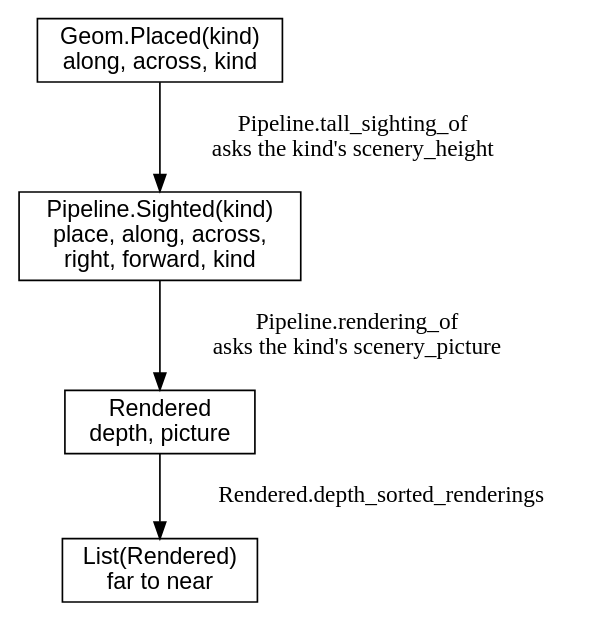
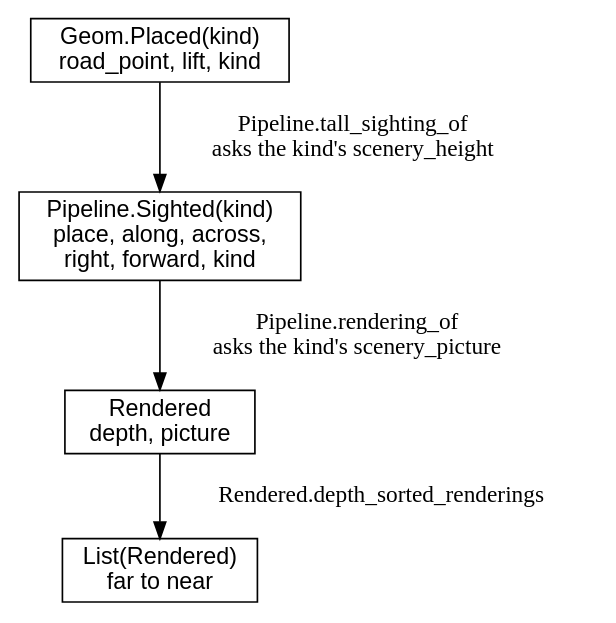
One commit to showell/roc-apps changed the sixth of 34 diagrams in canvas_apps/safari/tutorial/tutorial.md. Above: the diagram before and after it, drawn with Graphviz. The commit also changed other lines of this file, not shown here.

Commit message:
tutorial: the road and rails, accuracy round 2; GroundPatch and Geom.Placed elsewhere

````diff
--- a/canvas_apps/safari/tutorial/tutorial.md
+++ b/canvas_apps/safari/tutorial/tutorial.md
@@ -385,12 +385,12 @@
 ```dot
 digraph forms {
   node [shape=box, fontname="Helvetica"];
-  placed [label="Geom.Placed(kind)\nalong, across, kind"];
+  placed [label="Geom.Placed(kind)\nroad_point, lift, kind"];
   sighted [label="Pipeline.Sighted(kind)\nplace, along, across,\nright, forward, kind"];
   rendered [label="Rendered\ndepth, picture"];
   sorted [label="List(Rendered)\nfar to near"];
   placed -> sighted [label="  Pipeline.tall_sighting_of\n  asks the kind's scenery_height"];
   sighted -> rendered [label="  Pipeline.rendering_of\n  asks the kind's scenery_picture"];
   rendered -> sorted [label="  Rendered.depth_sorted_renderings"];
 }
 ```
````
